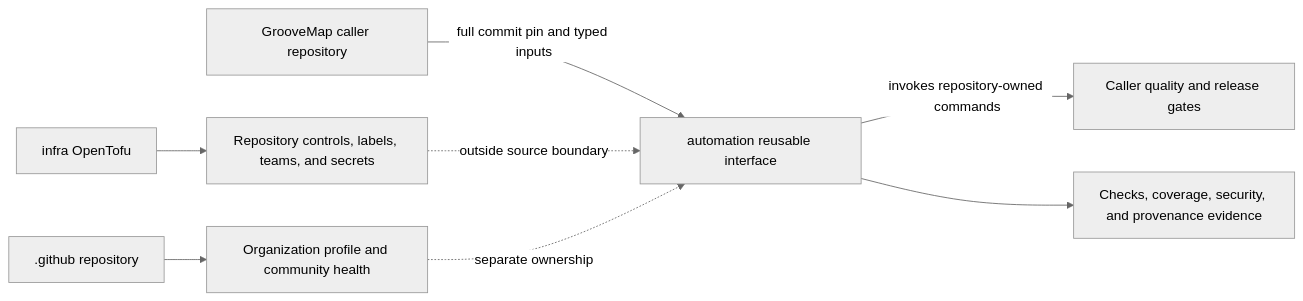
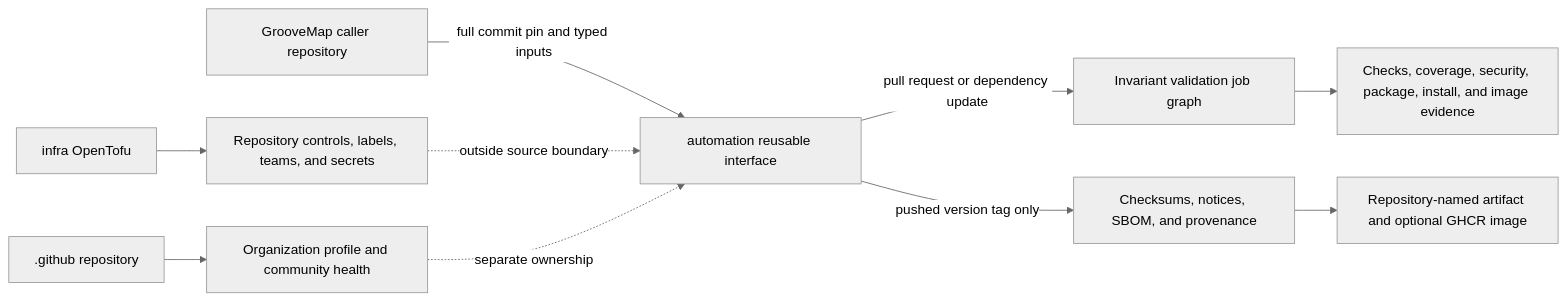
The diagram in docs/architecture.md (groovemap-music/automation), drawn with Mermaid (neutral theme) before and after one commit. The commit also changed other lines of this file and 12 other files, not shown here.

````diff
--- a/docs/architecture.md
+++ b/docs/architecture.md
@@ -7,10 +7,12 @@
 ```mermaid
 flowchart LR
     Caller[GrooveMap caller repository] -->|full commit pin and typed inputs| Automation[automation reusable interface]
-    Automation -->|invokes repository-owned commands| Gate[Caller quality and release gates]
-    Automation --> Evidence[Checks, coverage, security, and provenance evidence]
+    Automation -->|pull request or dependency update| Gate[Invariant validation job graph]
+    Gate --> Evidence[Checks, coverage, security, package, install, and image evidence]
+    Automation -->|pushed version tag only| Release[Checksums, notices, SBOM, and provenance]
+    Release --> Artifact[Repository-named artifact and optional GHCR image]
     Infra[infra OpenTofu] --> Controls[Repository controls, labels, teams, and secrets]
     Profile[.github repository] --> Community[Organization profile and community health]
     Controls -. outside source boundary .-> Automation
     Community -. separate ownership .-> Automation
 ```
````
